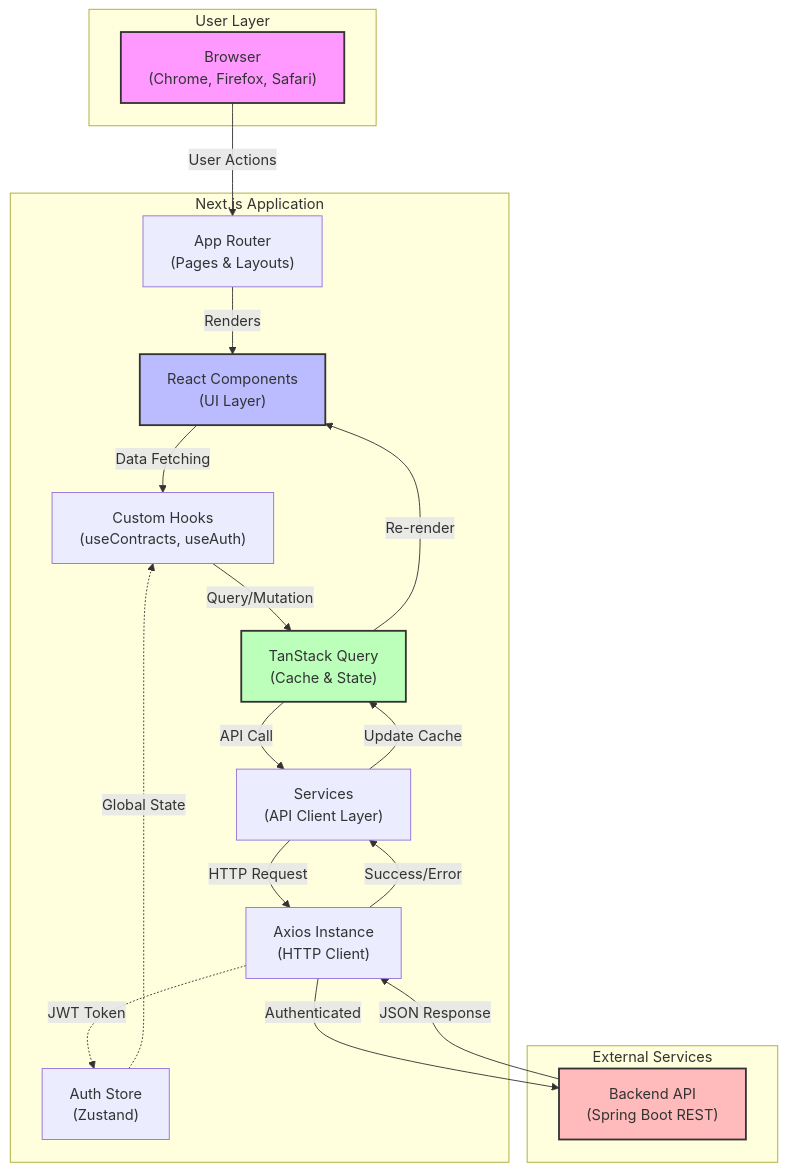
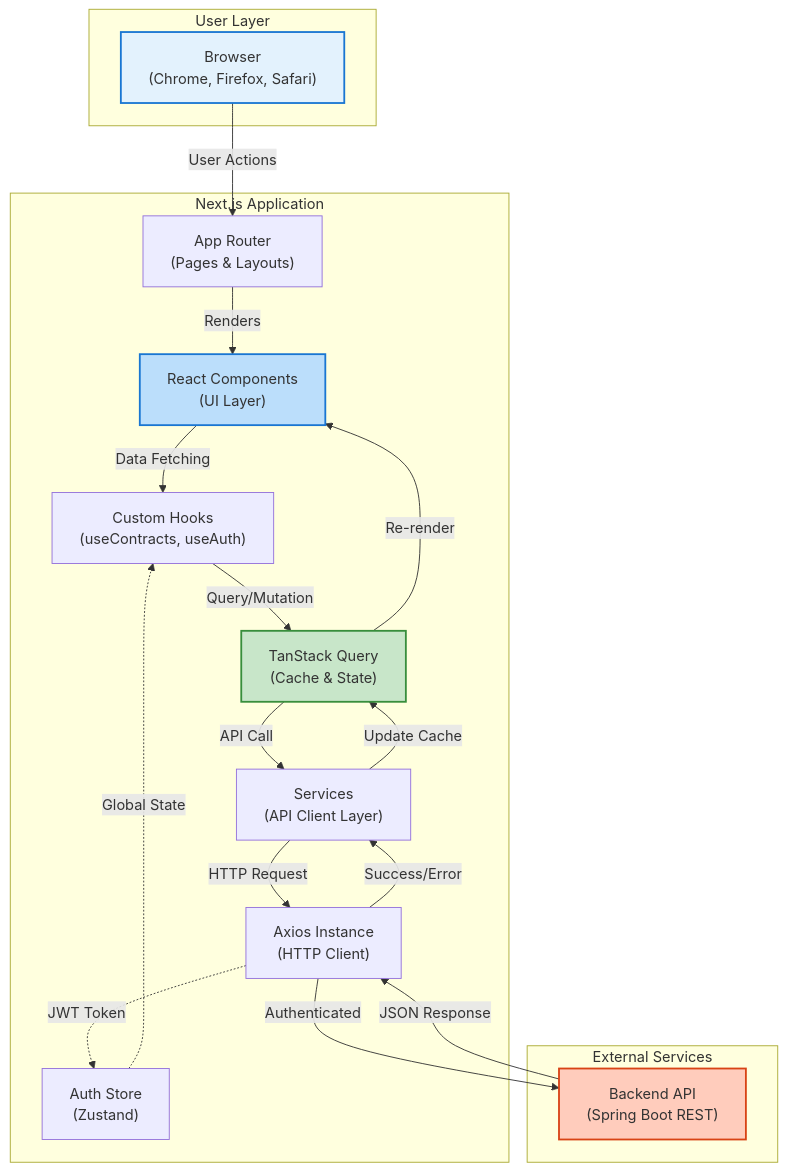
The first of 3 diagrams in README.md (DonatoCorbacioDev/bcm-v2-frontend), drawn with Mermaid before and after one commit.

Commit message:
style: update mermaid diagram colors to professional palette
- Replace bright colors with Material Design scheme
- Improve readability and contrast
- Use corporate blue/green/orange palette

````diff
--- a/README.md
+++ b/README.md
@@ -65,39 +65,39 @@
 ```mermaid
 graph TB
     subgraph UserLayer["User Layer"]
         A["Browser<br>(Chrome, Firefox, Safari)"]
     end
     
     subgraph NextApp["Next.js Application"]
         B["App Router<br>(Pages & Layouts)"]
         C["React Components<br>(UI Layer)"]
         D["Custom Hooks<br>(useContracts, useAuth)"]
         E["TanStack Query<br>(Cache & State)"]
         F["Services<br>(API Client Layer)"]
         G["Axios Instance<br>(HTTP Client)"]
         H["Auth Store<br>(Zustand)"]
     end
     
     subgraph External["External Services"]
         I["Backend API<br>(Spring Boot REST)"]
     end
     
     A -->|User Actions| B
     B -->|Renders| C
     C -->|Data Fetching| D
     D -->|Query/Mutation| E
     E -->|API Call| F
     F -->|HTTP Request| G
     G -->|Authenticated| I
     I -->|JSON Response| G
     G -->|Success/Error| F
     F -->|Update Cache| E
     E -->|Re-render| C
     H -.->|Global State| D
     G -.->|JWT Token| H
     
-    style A fill:#f9f,stroke:#333,stroke-width:2px
-    style C fill:#bbf,stroke:#333,stroke-width:2px
-    style E fill:#bfb,stroke:#333,stroke-width:2px
-    style I fill:#fbb,stroke:#333,stroke-width:2px
+    style A fill:#e3f2fd,stroke:#1976d2,stroke-width:2px
+    style C fill:#bbdefb,stroke:#1976d2,stroke-width:2px
+    style E fill:#c8e6c9,stroke:#388e3c,stroke-width:2px
+    style I fill:#ffccbc,stroke:#d84315,stroke-width:2px
 ```
````
